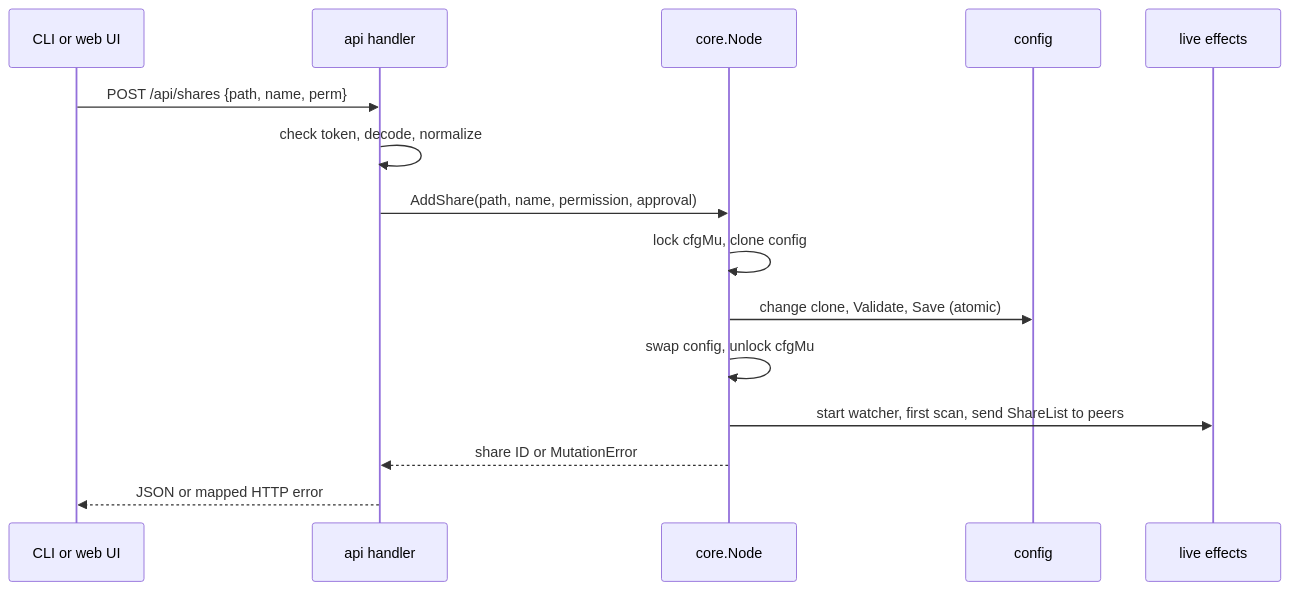
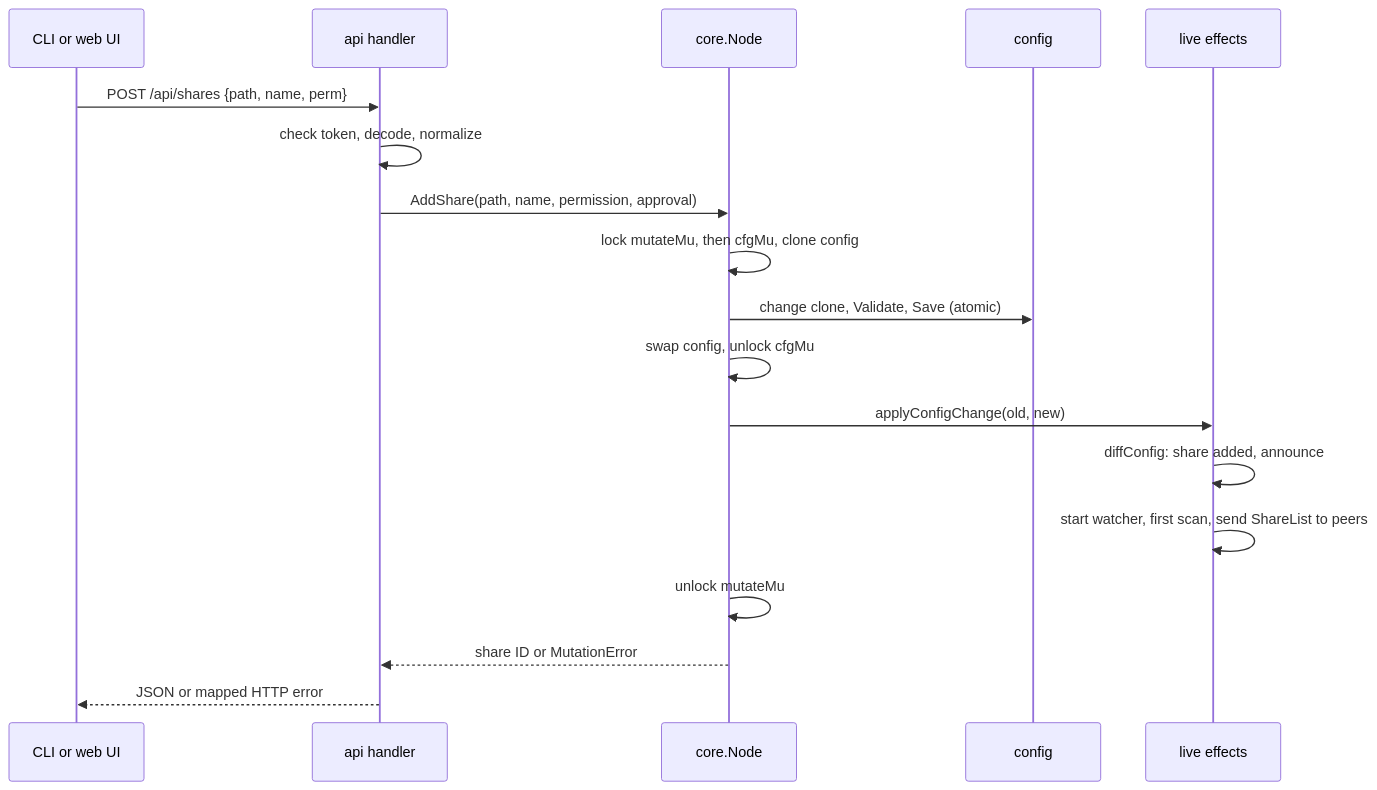
Before and after one commit to nickmarrone/syncat: diagram 14 of 14 in ARCHITECTURE.md, drawn with Mermaid. The commit also changed other lines of this file and 8 other files, not shown here.

````diff
--- a/ARCHITECTURE.md
+++ b/ARCHITECTURE.md
@@ -863,18 +864,21 @@
 ```mermaid
 sequenceDiagram
     participant U as CLI or web UI
     participant H as api handler
     participant N as core.Node
     participant C as config
     participant L as live effects
 
     U->>H: POST /api/shares {path, name, perm}
     H->>H: check token, decode, normalize
     H->>N: AddShare(path, name, permission, approval)
-    N->>N: lock cfgMu, clone config
+    N->>N: lock mutateMu, then cfgMu, clone config
     N->>C: change clone, Validate, Save (atomic)
     N->>N: swap config, unlock cfgMu
-    N->>L: start watcher, first scan, send ShareList to peers
+    N->>L: applyConfigChange(old, new)
+    L->>L: diffConfig: share added, announce
+    L->>L: start watcher, first scan, send ShareList to peers
+    N->>N: unlock mutateMu
     N-->>H: share ID or MutationError
     H-->>U: JSON or mapped HTTP error
 ```
````
